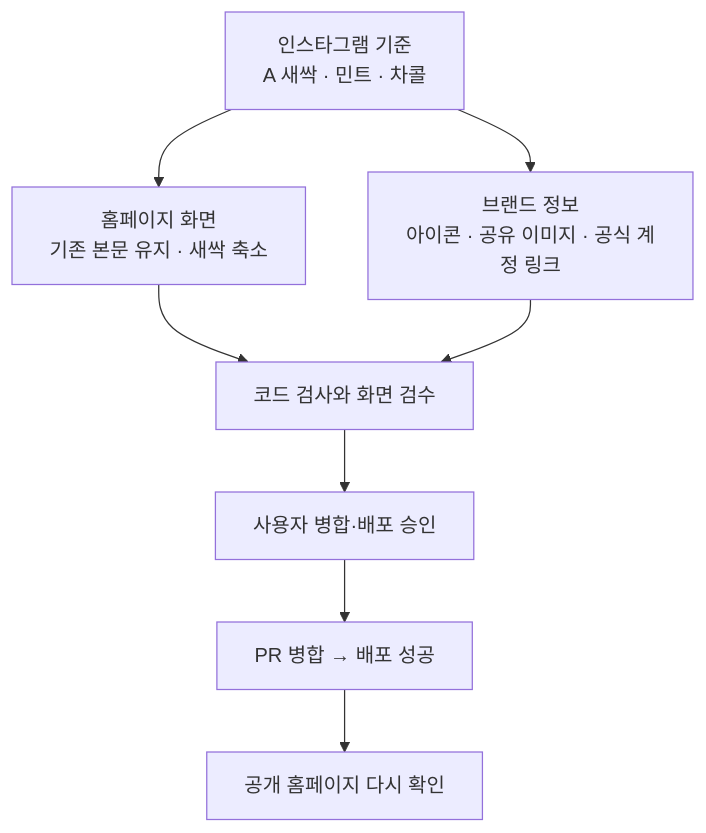
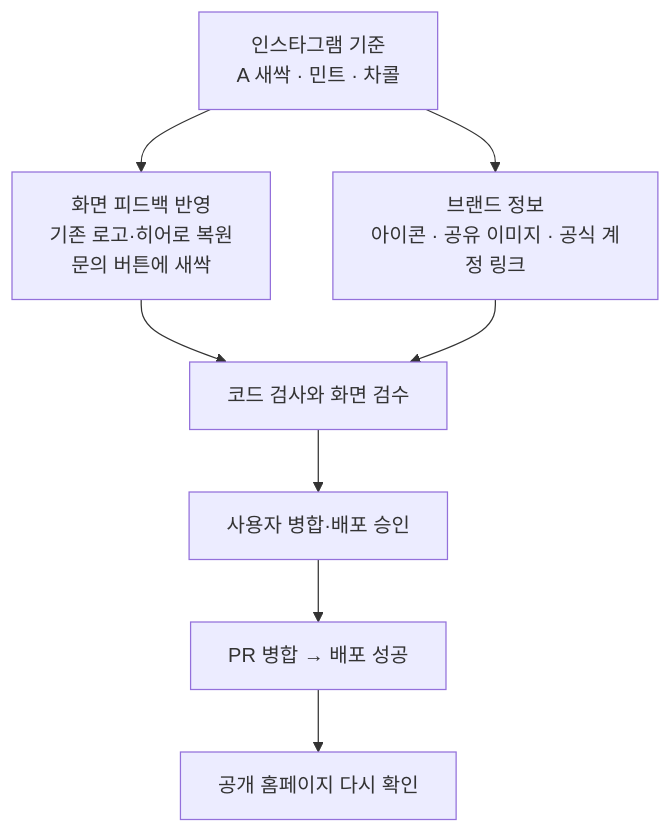
Before and after one commit to prove-ability/dev-blog: the diagram in public/images/homepage-brand-alignment/brand-flow.mmd, drawn with Mermaid. The commit also changed 3 other files, not shown here.

```diff
--- a/public/images/homepage-brand-alignment/brand-flow.mmd
+++ b/public/images/homepage-brand-alignment/brand-flow.mmd
@@ -1,8 +1,8 @@
 flowchart TD
- A[인스타그램 기준<br/>A 새싹 · 민트 · 차콜] --> B[홈페이지 화면<br/>기존 본문 유지 · 새싹 축소]
+ A[인스타그램 기준<br/>A 새싹 · 민트 · 차콜] --> B[화면 피드백 반영<br/>기존 로고·히어로 복원<br/>문의 버튼에 새싹]
  A --> C[브랜드 정보<br/>아이콘 · 공유 이미지 · 공식 계정 링크]
  B --> D[코드 검사와 화면 검수]
  C --> D
  D --> E[사용자 병합·배포 승인]
  E --> F[PR 병합 → 배포 성공]
  F --> G[공개 홈페이지 다시 확인]
```
